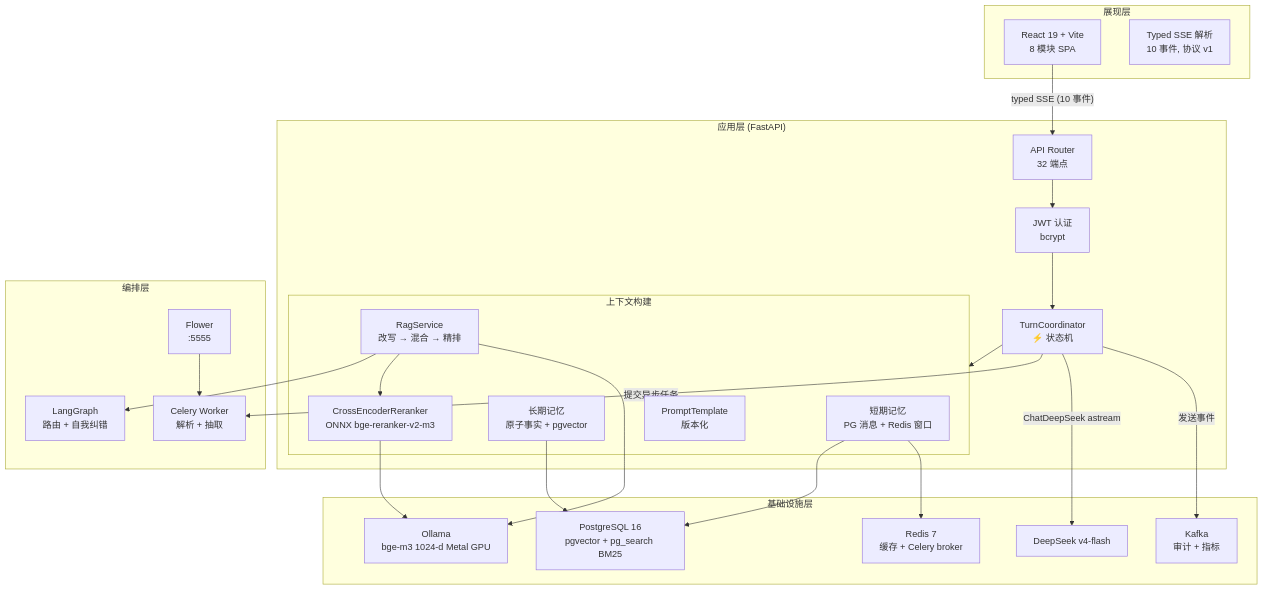
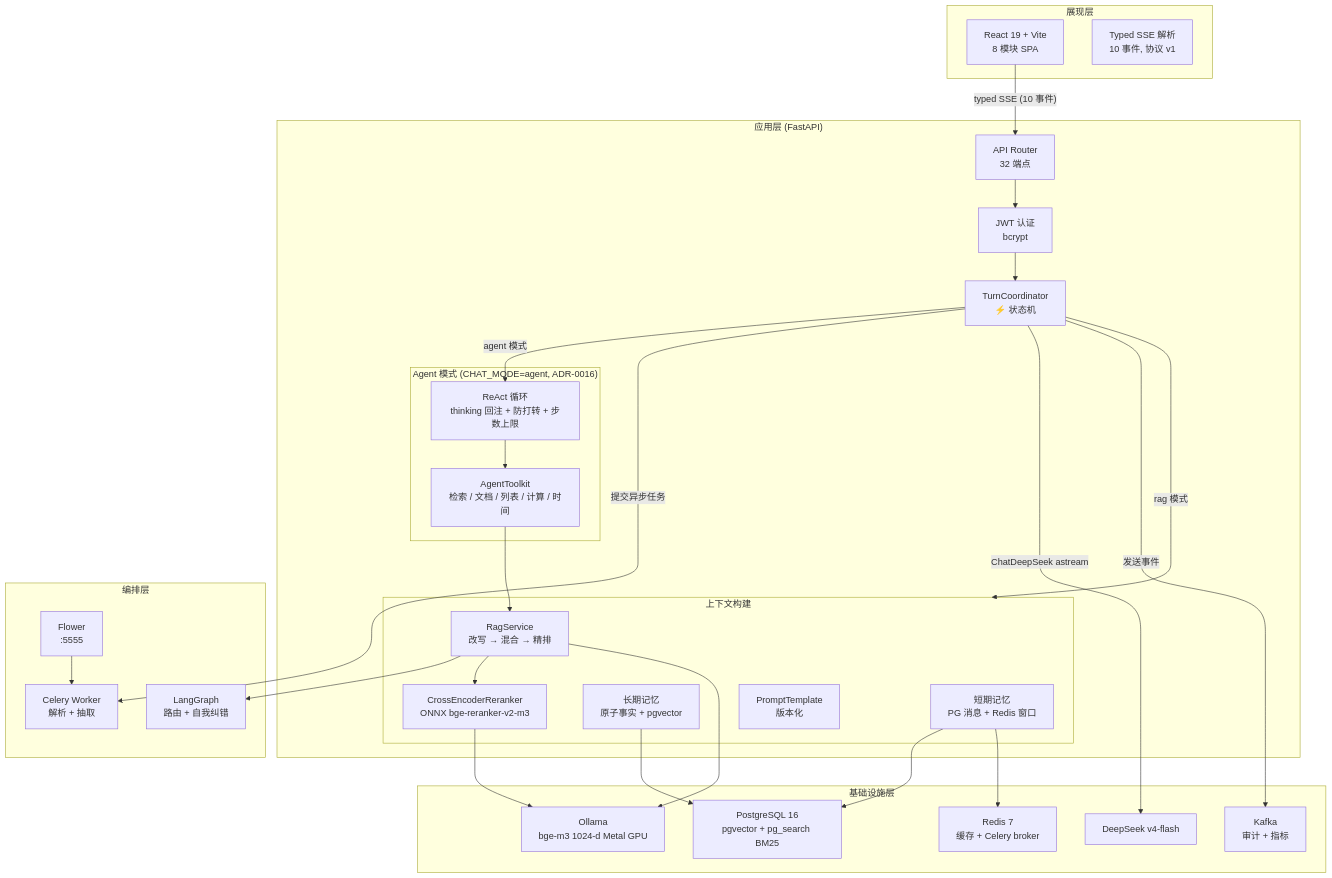
One commit to KevinDeng-0411/CodeAware changed the first of 4 diagrams in README.zh-CN.md. Above: the diagram before and after it, drawn with Mermaid. The commit also changed 1 other file, not shown here.

Commit message:
docs: README 架构图更新 - 图1 加 Agent 模式层（CHAT_MODE 双模式）
- 系统分层架构图：应用层 + Agent Mode 子图（ReAct Loop + AgentToolkit 5 工具），TC 按 rag/agent 双模式分流到 Context / Agent
- 中英文同步；图2/3/4 保持（RAG 路径细节，Agent 有独立路径）

````diff
--- a/README.zh-CN.md
+++ b/README.zh-CN.md
@@ -123,51 +123,59 @@
 ```mermaid
 graph TB
     subgraph Presentation["展现层"]
         React["React 19 + Vite<br/>8 模块 SPA"]
         SSE["Typed SSE 解析<br/>10 事件, 协议 v1"]
     end
 
     subgraph Application["应用层 (FastAPI)"]
         Router["API Router<br/>32 端点"]
         Auth["JWT 认证<br/>bcrypt"]
         TC["TurnCoordinator<br/>⚡ 状态机"]
 
         subgraph Context["上下文构建"]
             STM["短期记忆<br/>PG 消息 + Redis 窗口"]
             LTM["长期记忆<br/>原子事实 + pgvector"]
             RAG["RagService<br/>改写 → 混合 → 精排"]
             RR["CrossEncoderReranker<br/>ONNX bge-reranker-v2-m3"]
             PT["PromptTemplate<br/>版本化"]
+        end
+
+        subgraph Agent["Agent 模式 (CHAT_MODE=agent, ADR-0016)"]
+            RL["ReAct 循环<br/>thinking 回注 + 防打转 + 步数上限"]
+            AT["AgentToolkit<br/>检索 / 文档 / 列表 / 计算 / 时间"]
         end
     end
 
     subgraph Orchestration["编排层"]
         LG["LangGraph<br/>路由 + 自我纠错"]
         Celery["Celery Worker<br/>解析 + 抽取"]
         Flower["Flower<br/>:5555"]
     end
 
     subgraph Infrastructure["基础设施层"]
         PG["PostgreSQL 16<br/>pgvector + pg_search BM25"]
         Redis["Redis 7<br/>缓存 + Celery broker"]
         Kafka["Kafka<br/>审计 + 指标"]
         Ollama["Ollama<br/>bge-m3 1024-d Metal GPU"]
         DS["DeepSeek v4-flash"]
     end
 
     React -->|"typed SSE (10 事件)"| Router
     Router --> Auth
     Auth --> TC
-    TC --> Context
+    TC -->|"rag 模式"| Context
+    TC -->|"agent 模式"| RL
+    RL --> AT
+    AT --> RAG
     RAG --> LG
     RAG --> RR
     TC -->|"提交异步任务"| Celery
     Flower --> Celery
     STM --> PG
     STM --> Redis
     LTM --> PG
     RR --> Ollama
     RAG --> Ollama
     TC -->|"ChatDeepSeek astream"| DS
     TC -->|"发送事件"| Kafka
 ```
````
